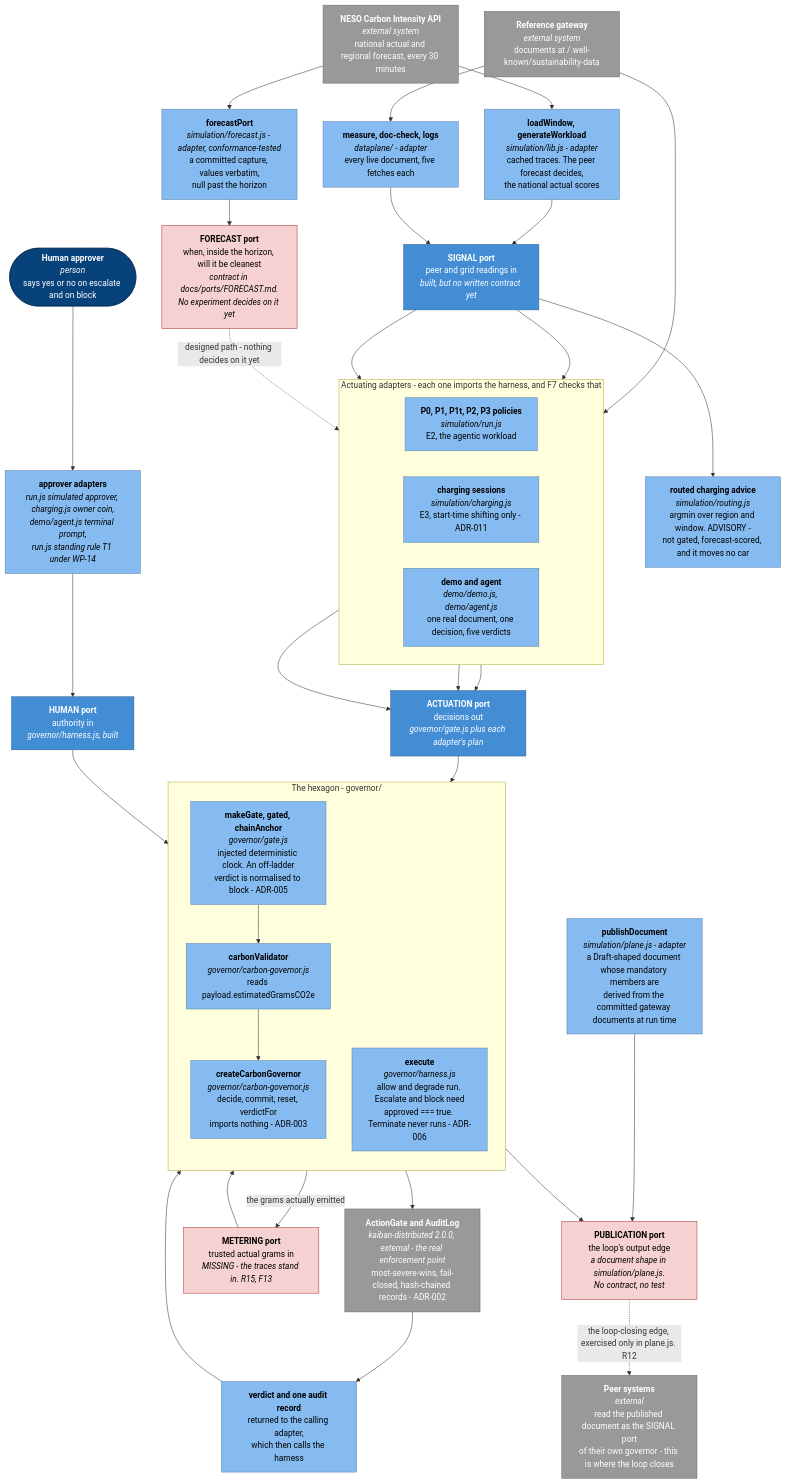
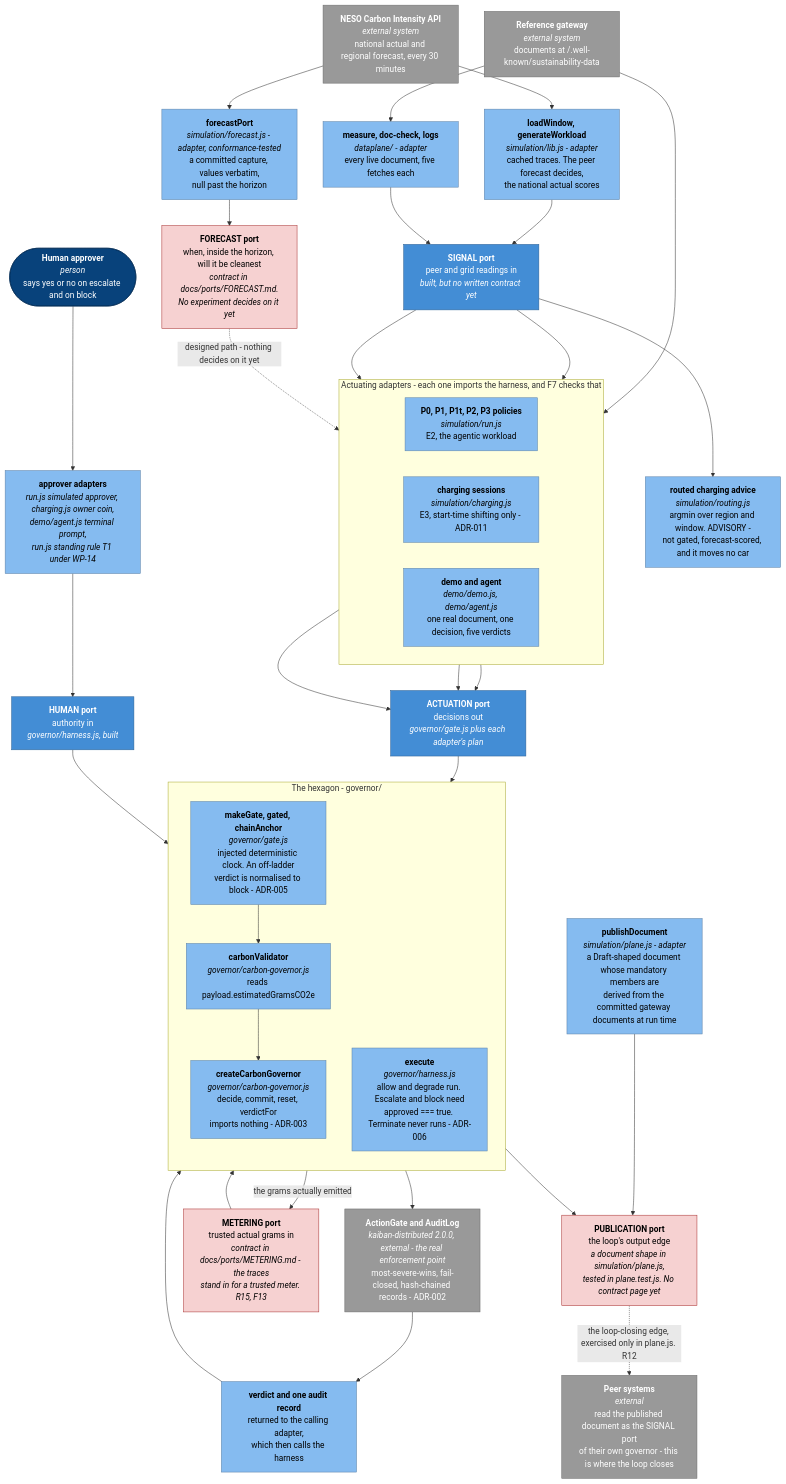
One commit to andreibesleaga/sustainability-loop-eval changed the first of 5 diagrams in docs/architecture/DYNAMICS.md. Above: the diagram before and after it, drawn with Mermaid. The commit also changed other lines of this file and 17 other files, not shown here.

```diff
--- a/docs/architecture/DYNAMICS.md
+++ b/docs/architecture/DYNAMICS.md
@@ -78,8 +80,8 @@
   DEC["<b>verdict and one audit record</b><br/>returned to the calling adapter,<br/>which then calls the harness"]
 
   PHUM["<b>HUMAN port</b><br/>authority in<br/><i>governor/harness.js, built</i>"]
-  PMET["<b>METERING port</b><br/>trusted actual grams in<br/><i>MISSING - the traces stand in. R15, F13</i>"]
-  PPUB["<b>PUBLICATION port</b><br/>the loop's output edge<br/><i>a document shape in simulation/plane.js.<br/>No contract, no test</i>"]
+  PMET["<b>METERING port</b><br/>trusted actual grams in<br/><i>contract in docs/ports/METERING.md - the traces<br/>stand in for a trusted meter. R15, F13</i>"]
+  PPUB["<b>PUBLICATION port</b><br/>the loop's output edge<br/><i>a document shape in simulation/plane.js,<br/>tested in plane.test.js. No contract page yet</i>"]
   PEERS["<b>Peer systems</b><br/><i>external</i><br/>read the published document as the SIGNAL port<br/>of their own governor - this is where the loop closes"]
   PLANE["<b>publishDocument</b><br/><i>simulation/plane.js - adapter</i><br/>a Draft-shaped document whose mandatory members are<br/>derived from the committed gateway documents at run time"]
 
```
